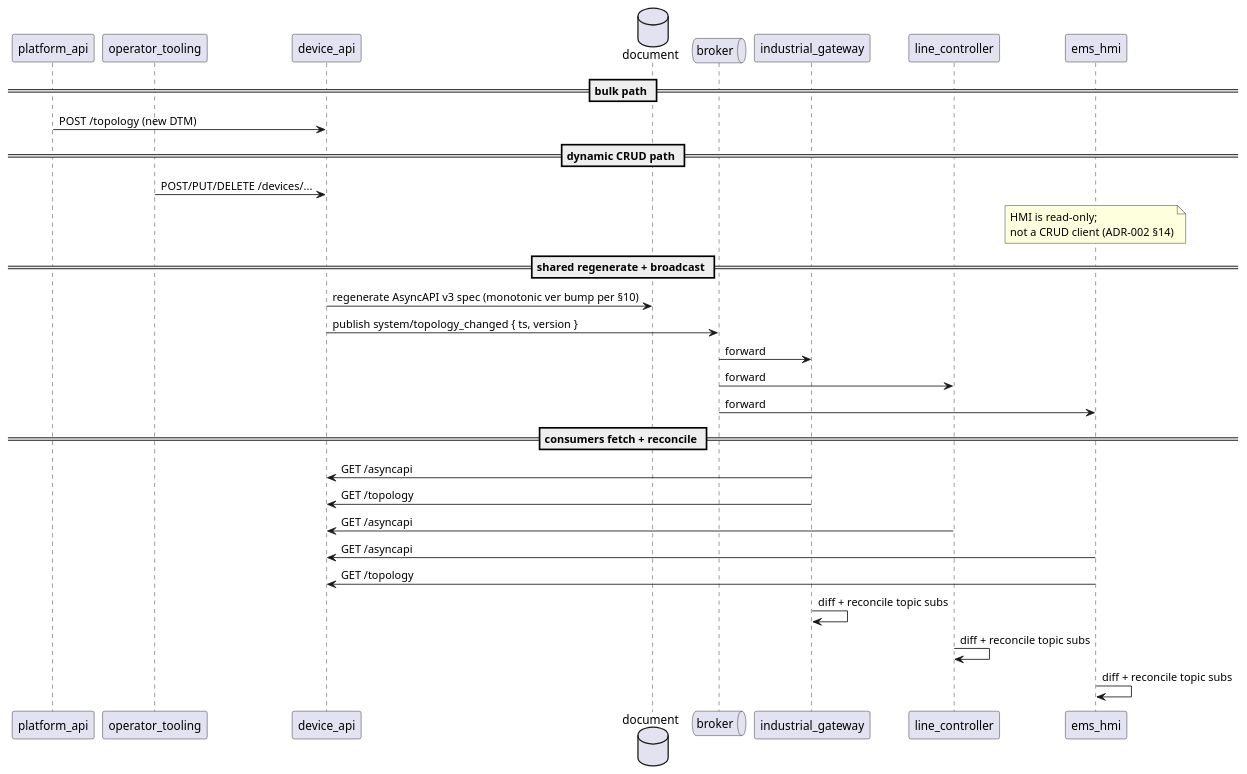
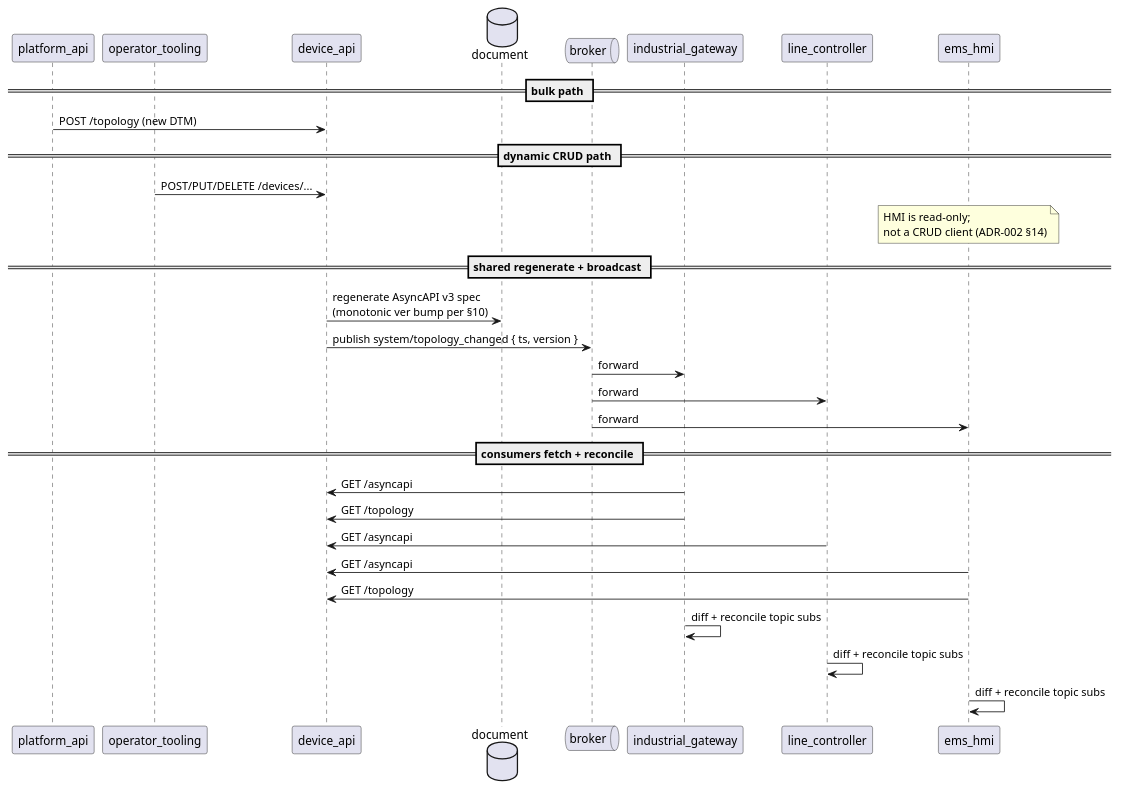
The third of 6 diagrams in readme.md (arcnode-io/ems), drawn with PlantUML before and after one commit.

Commit message:
🎨 style: wrap longest regen line so sequence stays narrow

````diff
--- a/readme.md
+++ b/readme.md
@@ -120,34 +120,34 @@
 ```plantuml
 participant platform_api
 participant operator_tooling
 participant device_api
 database document
 queue broker
 participant industrial_gateway
 participant line_controller
 participant ems_hmi
 
 == bulk path ==
 platform_api -> device_api: POST /topology (new DTM)
 
 == dynamic CRUD path ==
 operator_tooling -> device_api: POST/PUT/DELETE /devices/...
 note over ems_hmi: HMI is read-only;\nnot a CRUD client (ADR-002 §14)
 
 == shared regenerate + broadcast ==
-device_api -> document: regenerate AsyncAPI v3 spec (monotonic ver bump per §10)
+device_api -> document: regenerate AsyncAPI v3 spec\n(monotonic ver bump per §10)
 device_api -> broker: publish system/topology_changed { ts, version }
 broker -> industrial_gateway: forward
 broker -> line_controller: forward
 broker -> ems_hmi: forward
 
 == consumers fetch + reconcile ==
 industrial_gateway -> device_api: GET /asyncapi
 industrial_gateway -> device_api: GET /topology
 line_controller -> device_api: GET /asyncapi
 ems_hmi -> device_api: GET /asyncapi
 ems_hmi -> device_api: GET /topology
 industrial_gateway -> industrial_gateway: diff + reconcile topic subs
 line_controller -> line_controller: diff + reconcile topic subs
 ems_hmi -> ems_hmi: diff + reconcile topic subs
 ```
````
